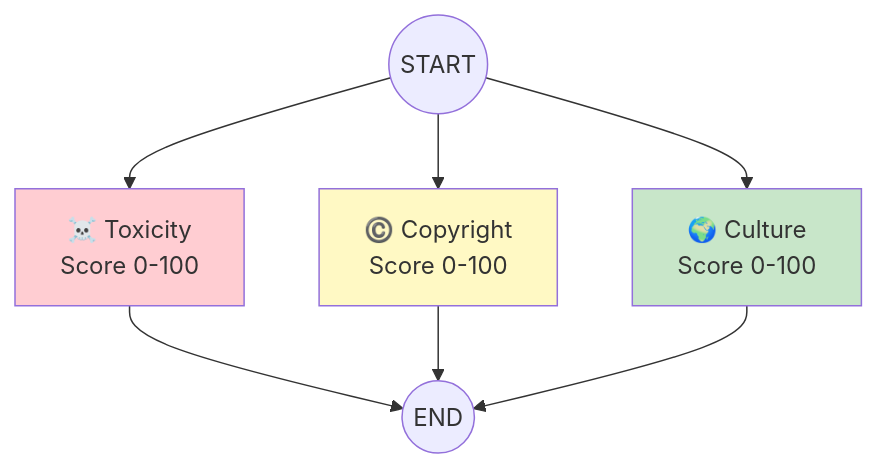
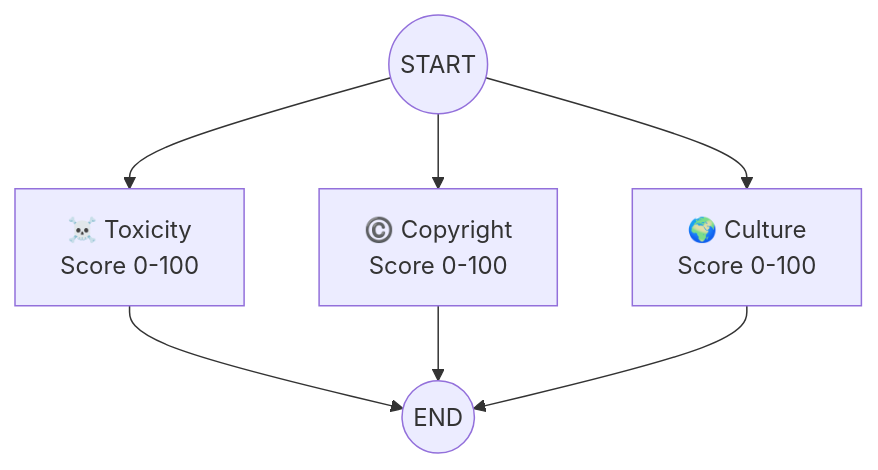
Before and after one commit to TexZ-GenZ/LangGraph-learning-: the third of 7 diagrams in README.md, drawn with Mermaid. The commit also changed other lines of this file, not shown here.

````diff
--- a/README.md
+++ b/README.md
@@ -77,13 +73,9 @@
 ```mermaid
 graph TD
     START((START)) --> T[☠️ Toxicity<br/>Score 0-100]
     START --> C[©️ Copyright<br/>Score 0-100]
     START --> S[🌍 Culture<br/>Score 0-100]
     T --> END((END))
     C --> END
     S --> END
-
-    style T fill:#ffcdd2
-    style C fill:#fff9c4
-    style S fill:#c8e6c9
 ```
````
